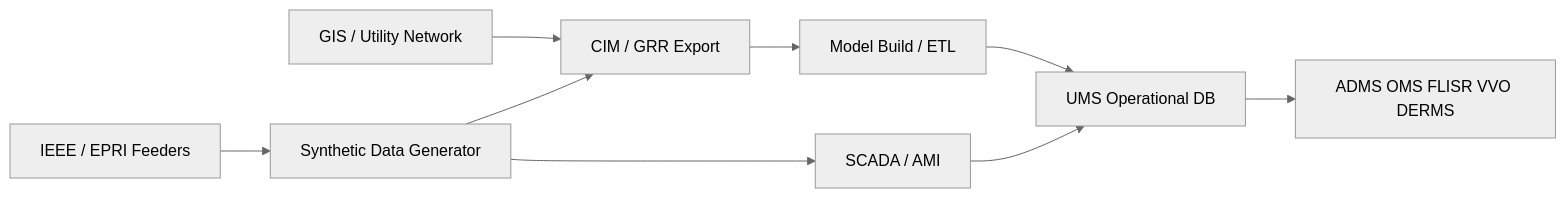
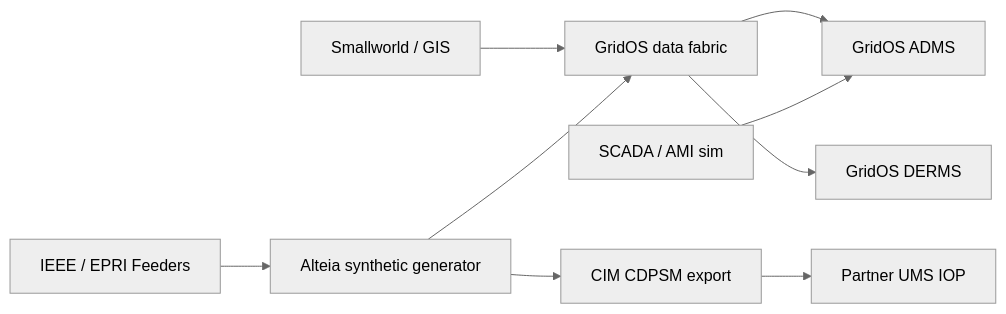
One commit to mbendjilali/ai-workshop changed the second of 2 diagrams in _bmad-output/planning-artifacts/research/domain-synthetic-electrical-grid-network-data-for-ums-testing-research-2026-05-27.md. Above: the diagram before and after it, drawn with Mermaid (neutral theme). The commit also changed other lines of this file, not shown here.

````diff
--- a/_bmad-output/planning-artifacts/research/domain-synthetic-electrical-grid-network-data-for-ums-testing-research-2026-05-27.md
+++ b/_bmad-output/planning-artifacts/research/domain-synthetic-electrical-grid-network-data-for-ums-testing-research-2026-05-27.md
@@ -330,11 +430,11 @@
 ```mermaid
 flowchart LR
-  GIS[GIS / Utility Network] --> CIM[CIM / GRR Export]
-  CIM --> Build[Model Build / ETL]
-  Build --> UMS[UMS Operational DB]
-  SCADA[SCADA / AMI] --> UMS
-  Synth[Synthetic Data Generator] --> CIM
-  Synth --> SCADA
-  UMS --> Apps[ADMS OMS FLISR VVO DERMS]
+  GIS[Smallworld / GIS] --> Fabric[GridOS data fabric]
+  Fabric --> ADMS[GridOS ADMS]
+  Fabric --> DERMS[GridOS DERMS]
+  Synth[Alteia synthetic generator] --> Fabric
+  Synth --> CIM[CIM CDPSM export]
+  CIM --> Partner[Partner UMS IOP]
+  SCADA[SCADA / AMI sim] --> ADMS
   Bench[IEEE / EPRI Feeders] --> Synth
 ```
````
